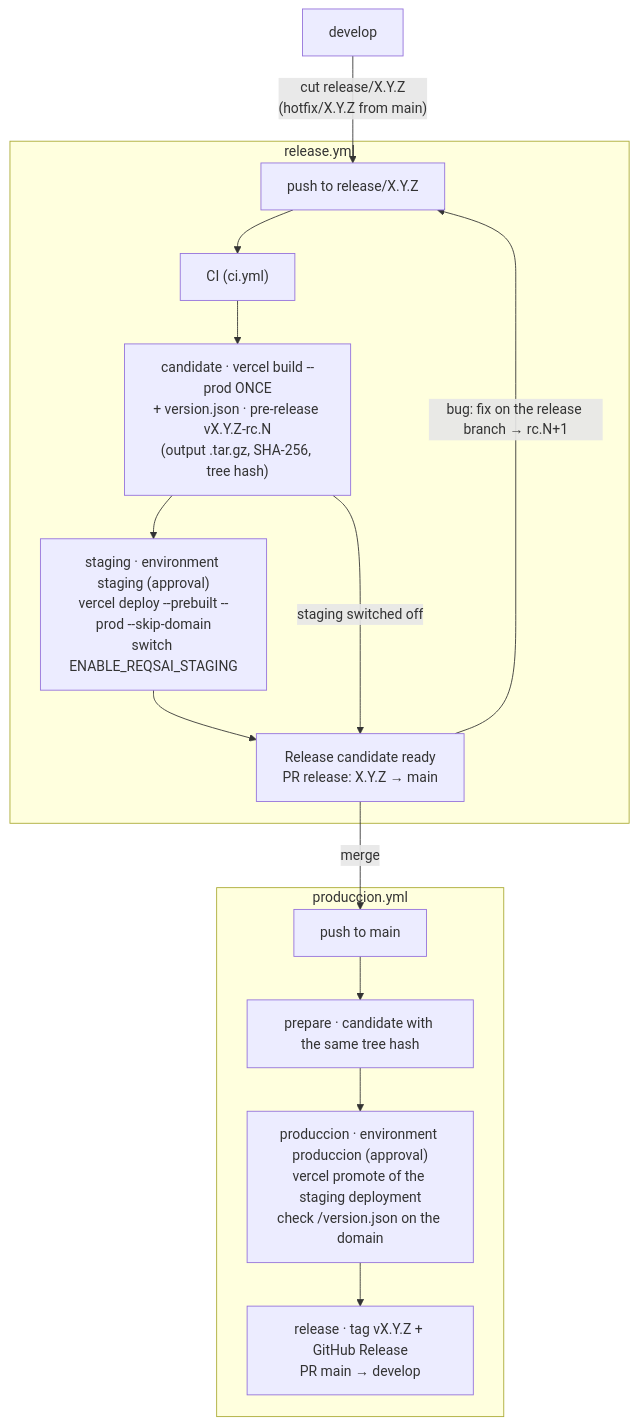
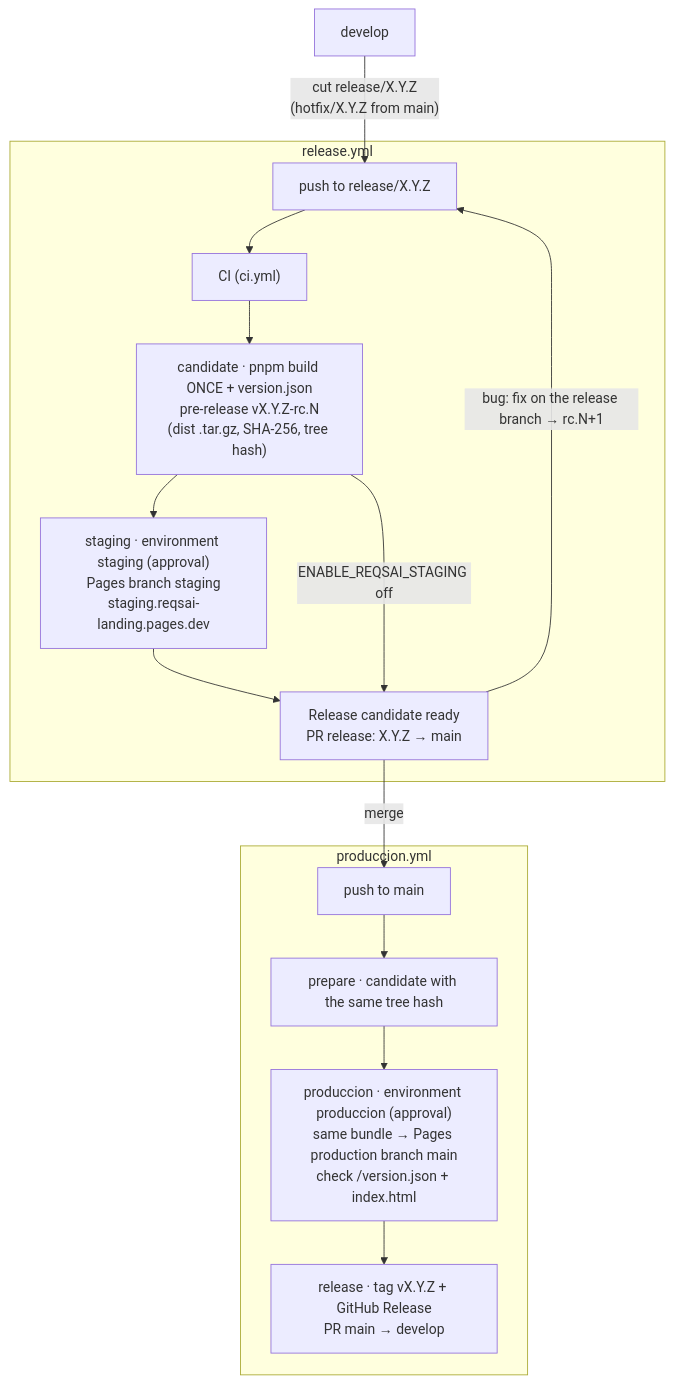
Before and after one commit to Kntro-Soft/reqsai-landing: the diagram in README.md, drawn with Mermaid. The commit also changed other lines of this file and 2 other files, not shown here.

Commit message:
docs: Cloudflare Pages release flow, set-up, custom domain and changelog

````diff
--- a/README.md
+++ b/README.md
@@ -77,18 +76,18 @@
 ```mermaid
 flowchart TD
     dev["develop"] -->|"cut release/X.Y.Z<br/>(hotfix/X.Y.Z from main)"| push["push to release/X.Y.Z"]
     subgraph rel["release.yml"]
         push --> ci["CI (ci.yml)"]
-        ci --> cand["candidate · vercel build --prod ONCE<br/>+ version.json · pre-release vX.Y.Z-rc.N<br/>(output .tar.gz, SHA-256, tree hash)"]
-        cand --> staging["staging · environment staging (approval)<br/>vercel deploy --prebuilt --prod --skip-domain<br/>switch ENABLE_REQSAI_STAGING"]
+        ci --> cand["candidate · pnpm build ONCE + version.json<br/>pre-release vX.Y.Z-rc.N<br/>(dist .tar.gz, SHA-256, tree hash)"]
+        cand --> staging["staging · environment staging (approval)<br/>Pages branch staging<br/>staging.reqsai-landing.pages.dev"]
         staging --> ready["Release candidate ready<br/>PR release: X.Y.Z → main"]
-        cand -->|"staging switched off"| ready
+        cand -->|"ENABLE_REQSAI_STAGING off"| ready
     end
     ready -->|"bug: fix on the release branch → rc.N+1"| push
     ready -->|"merge"| main["push to main"]
     subgraph prod["produccion.yml"]
         main --> find["prepare · candidate with the same tree hash"]
-        find --> promote["produccion · environment produccion (approval)<br/>vercel promote of the staging deployment<br/>check /version.json on the domain"]
-        promote --> release["release · tag vX.Y.Z + GitHub Release<br/>PR main → develop"]
+        find --> deploy["produccion · environment produccion (approval)<br/>same bundle → Pages production branch main<br/>check /version.json + index.html"]
+        deploy --> tag["release · tag vX.Y.Z + GitHub Release<br/>PR main → develop"]
     end
 ```
````
